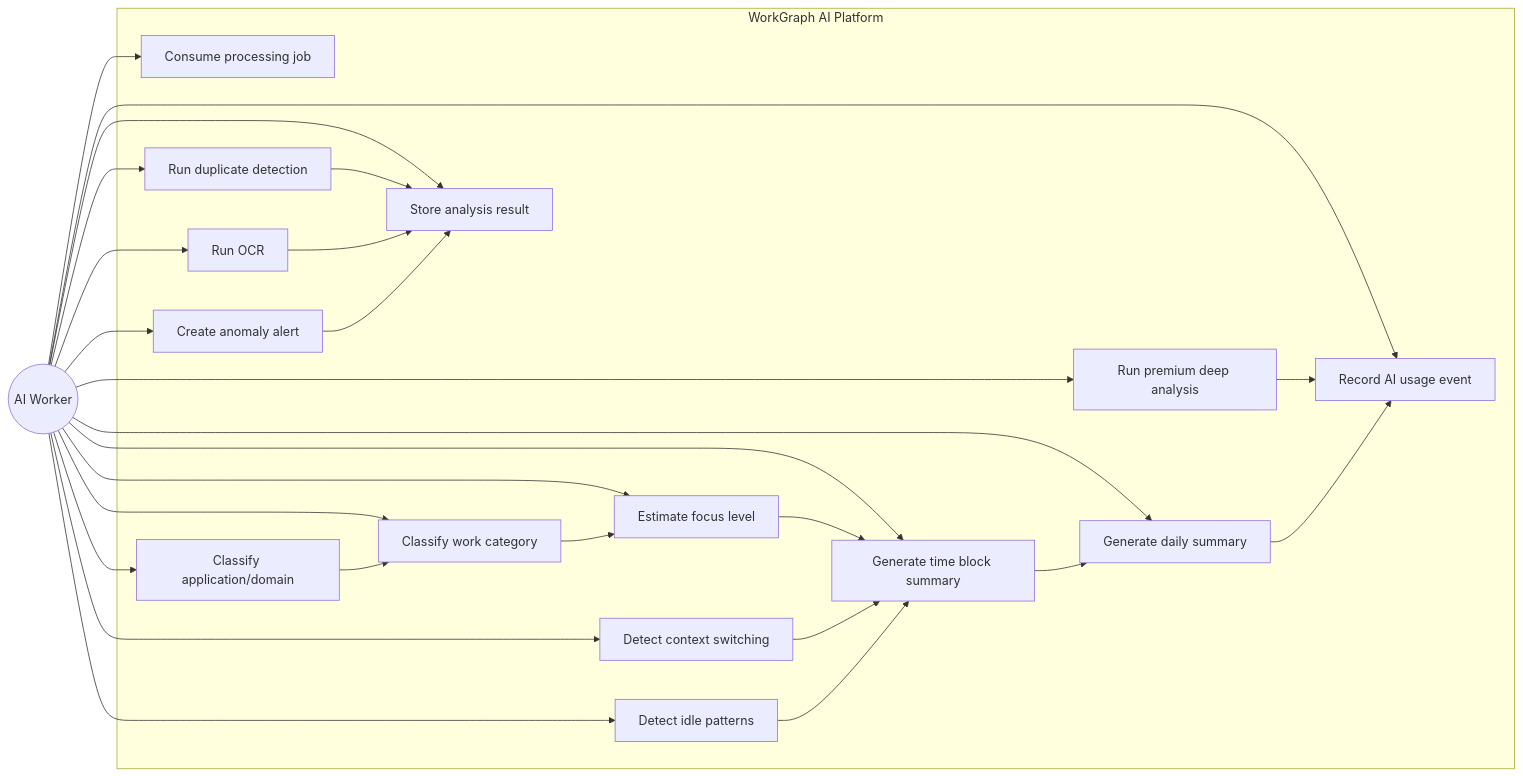
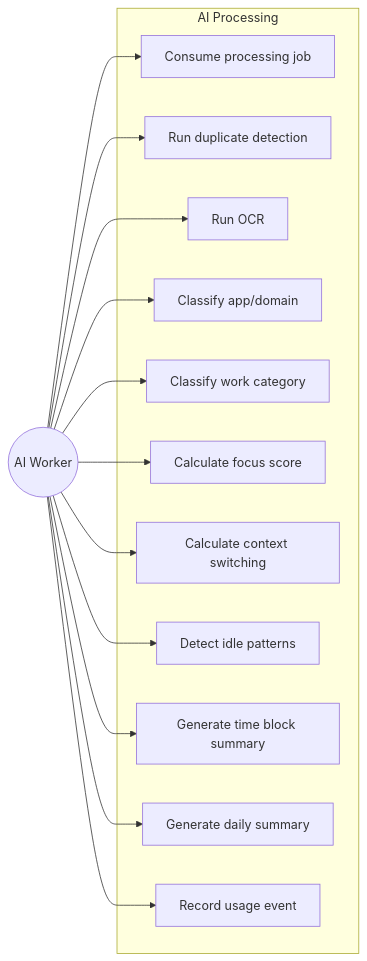
The sixth of 7 diagrams in docs/architecture/use-case-diagrams.md (raminamoly/WorkGraph-AI), drawn with Mermaid before and after one commit. The commit also changed other lines of this file, not shown here.

Commit message:
Simplify use case diagrams to MVP user hierarchy

````diff
--- a/docs/architecture/use-case-diagrams.md
+++ b/docs/architecture/use-case-diagrams.md
@@ -606,48 +277,30 @@
 ```mermaid
 flowchart LR
     AIWorker((AI Worker))
 
-    subgraph WorkGraphAI[WorkGraph AI Platform]
+    subgraph AIProcessing[AI Processing]
         UC1[Consume processing job]
         UC2[Run duplicate detection]
         UC3[Run OCR]
-        UC4[Classify application/domain]
+        UC4[Classify app/domain]
         UC5[Classify work category]
-        UC6[Estimate focus level]
-        UC7[Detect context switching]
+        UC6[Calculate focus score]
+        UC7[Calculate context switching]
         UC8[Detect idle patterns]
         UC9[Generate time block summary]
         UC10[Generate daily summary]
-        UC11[Run premium deep analysis]
-        UC12[Create anomaly alert]
-        UC13[Record AI usage event]
-        UC14[Store analysis result]
+        UC11[Record usage event]
     end
 
     AIWorker --> UC1
     AIWorker --> UC2
     AIWorker --> UC3
     AIWorker --> UC4
     AIWorker --> UC5
     AIWorker --> UC6
     AIWorker --> UC7
     AIWorker --> UC8
     AIWorker --> UC9
     AIWorker --> UC10
     AIWorker --> UC11
-    AIWorker --> UC12
-    AIWorker --> UC13
-    AIWorker --> UC14
-
-    UC2 --> UC14
-    UC3 --> UC14
-    UC4 --> UC5
-    UC5 --> UC6
-    UC6 --> UC9
-    UC7 --> UC9
-    UC8 --> UC9
-    UC9 --> UC10
-    UC11 --> UC13
-    UC10 --> UC13
-    UC12 --> UC14
 ```
````
